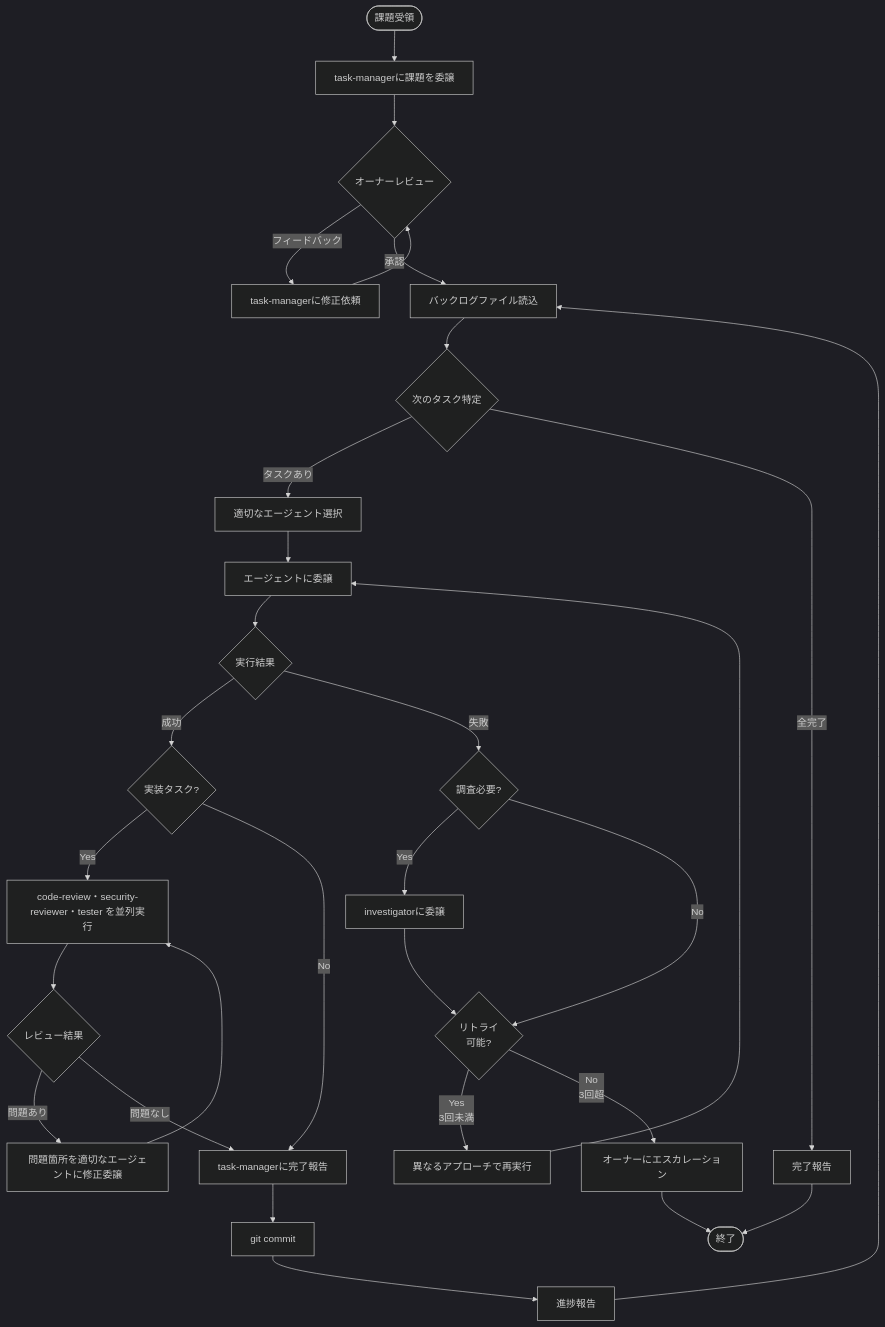
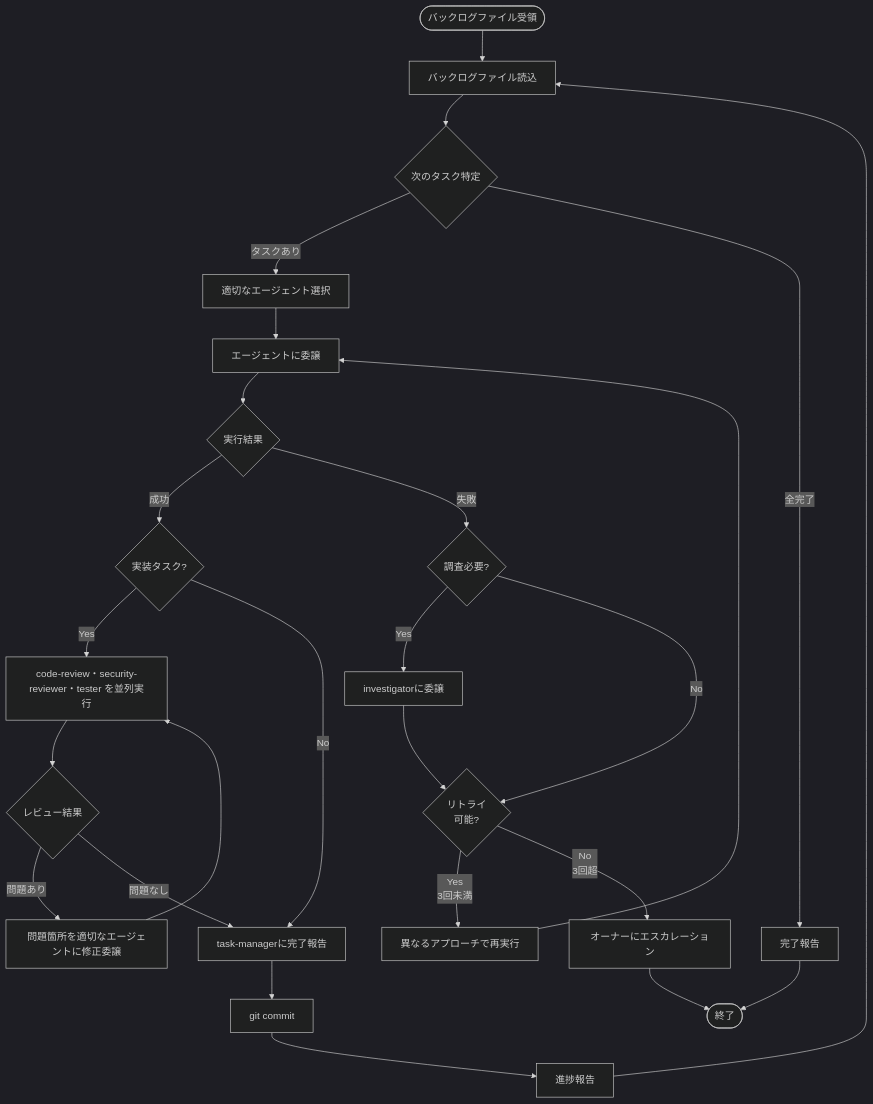
The diagram in nix/home/base/cli/copilot-cli/agents/orchestrator.agent.md (ichi-h/dotfiles), drawn with Mermaid (dark theme) before and after one commit. The commit also changed other lines of this file and 1 other file, not shown here.

First line of the commit message:
refactor(agents): narrow orchestrator scope to backlog execution only

````diff
--- a/nix/home/base/cli/copilot-cli/agents/orchestrator.agent.md
+++ b/nix/home/base/cli/copilot-cli/agents/orchestrator.agent.md
@@ -23,38 +23,34 @@
 ```mermaid
 graph TB
-    Start([課題受領]) --> Delegate[task-managerに課題を委譲]
-    Delegate --> Review{オーナーレビュー}
-    Review -->|フィードバック| Modify[task-managerに修正依頼]
-    Modify --> Review
-    Review -->|承認| LoadBacklog[バックログファイル読込]
+    Start([バックログファイル受領]) --> LoadBacklog[バックログファイル読込]
 
     LoadBacklog --> NextTask{次のタスク特定}
     NextTask -->|タスクあり| SelectAgent[適切なエージェント選択]
     NextTask -->|全完了| Report[完了報告]
 
     SelectAgent --> Execute[エージェントに委譲]
     Execute --> Success{実行結果}
 
     Success -->|成功| IsImplTask{実装タスク?}
     IsImplTask -->|Yes| ParallelReview["code-review・security-reviewer・tester を並列実行"]
     IsImplTask -->|No| UpdateTask
     ParallelReview --> ReviewResult{レビュー結果}
     ReviewResult -->|問題あり| FixIssues[問題箇所を適切なエージェントに修正委譲]
     FixIssues --> ParallelReview
     ReviewResult -->|問題なし| UpdateTask[task-managerに完了報告]
     UpdateTask --> Commit[git commit]
     Commit --> Progress[進捗報告]
     Progress --> LoadBacklog
 
     Success -->|失敗| Investigate{調査必要?}
     Investigate -->|Yes| CallInvestigator[investigatorに委譲]
     CallInvestigator --> Retry{リトライ<br/>可能?}
     Investigate -->|No| Retry
 
     Retry -->|Yes<br/>3回未満| Replan[異なるアプローチで再実行]
     Replan --> Execute
     Retry -->|No<br/>3回超| Escalate[オーナーにエスカレーション]
 
     Report --> End([終了])
     Escalate --> End
 ```
````
